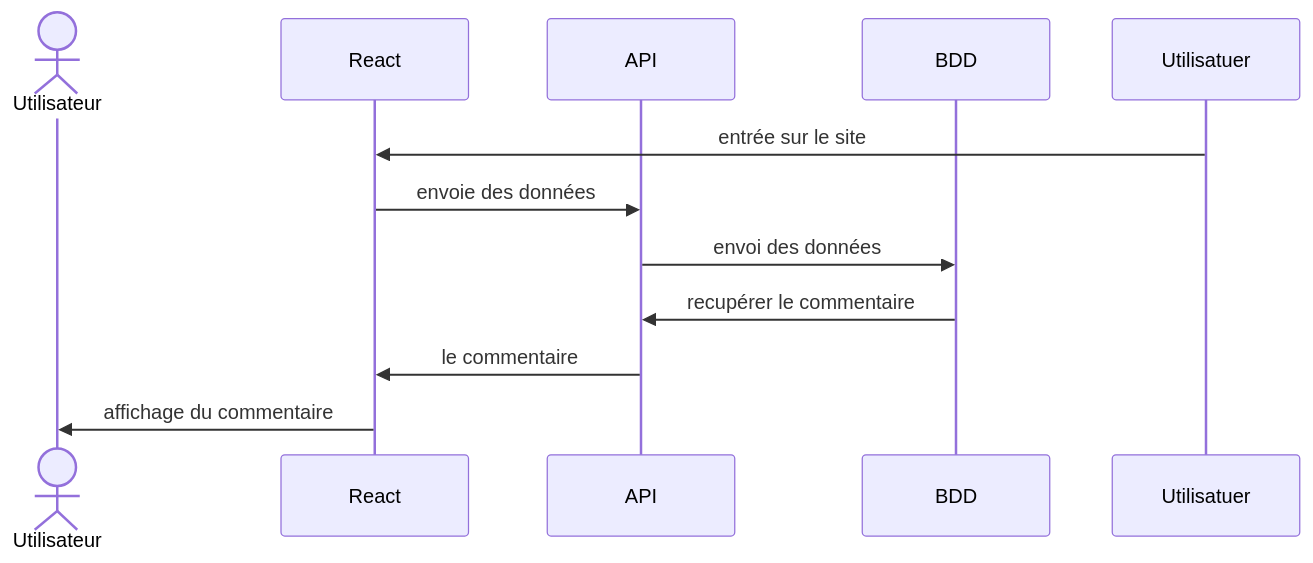
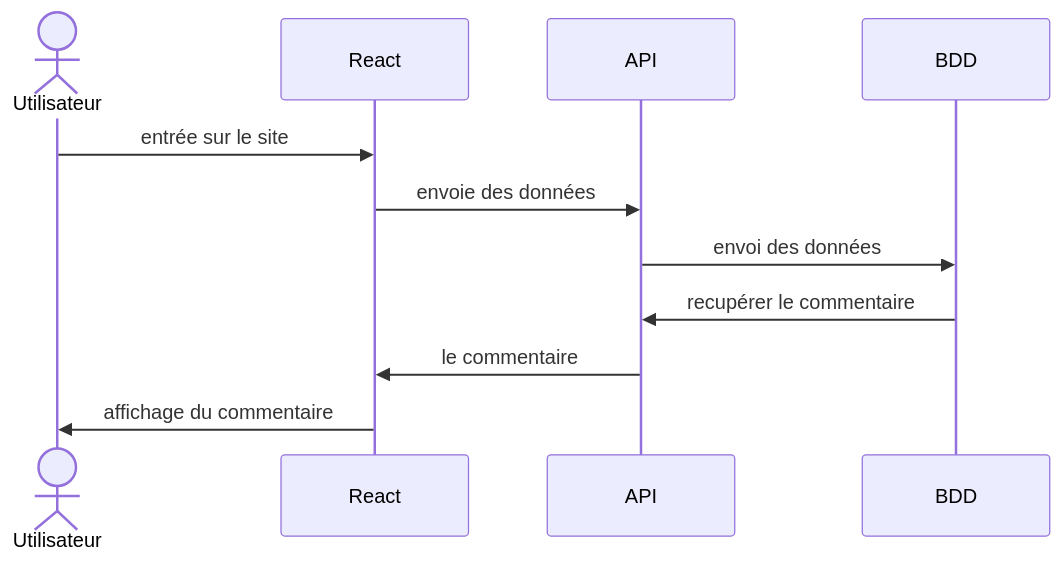
The diagram in docs/sequencecommentaire.md (pickypou/garage-automobile-front), drawn with Mermaid before and after one commit.

Commit message:
correction sequence commentaire

````diff
--- a/docs/sequencecommentaire.md
+++ b/docs/sequencecommentaire.md
@@ -5,13 +5,13 @@
 ```mermaid
 sequenceDiagram
 actor Utilisateur
 participant React
 participant API
 participant BDD
-Utilisatuer ->> React: entrée sur le site
+Utilisateur ->> React: entrée sur le site
 React ->> API: envoie des données
 API ->> BDD: envoi des données
 BDD ->> API: recupérer le commentaire
 API ->> React: le commentaire
 React ->> Utilisateur: affichage du commentaire
 ```
````
